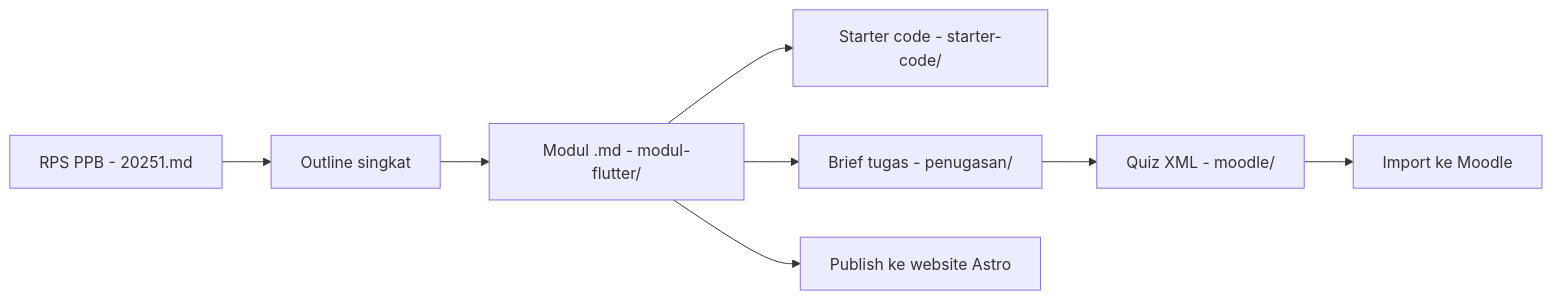
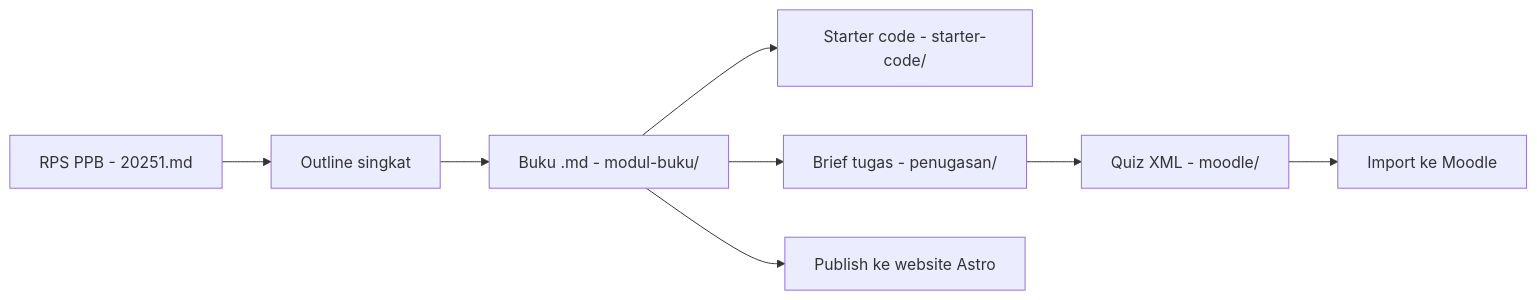
The diagram in README.md (kaqfa/materi-mobile), drawn with Mermaid before and after one commit. The commit also changed other lines of this file and 33 other files, not shown here.

````diff
--- a/README.md
+++ b/README.md
@@ -53,10 +53,10 @@
 ```mermaid
 graph LR
     A[RPS PPB - 20251.md] --> B[Outline singkat]
-    B --> C[Modul .md - modul-flutter/]
+    B --> C[Buku .md - modul-buku/]
     C --> D[Starter code - starter-code/]
     C --> E[Brief tugas - penugasan/]
     E --> F[Quiz XML - moodle/]
     C --> G[Publish ke website Astro]
     F --> H[Import ke Moodle]
 ```
````
